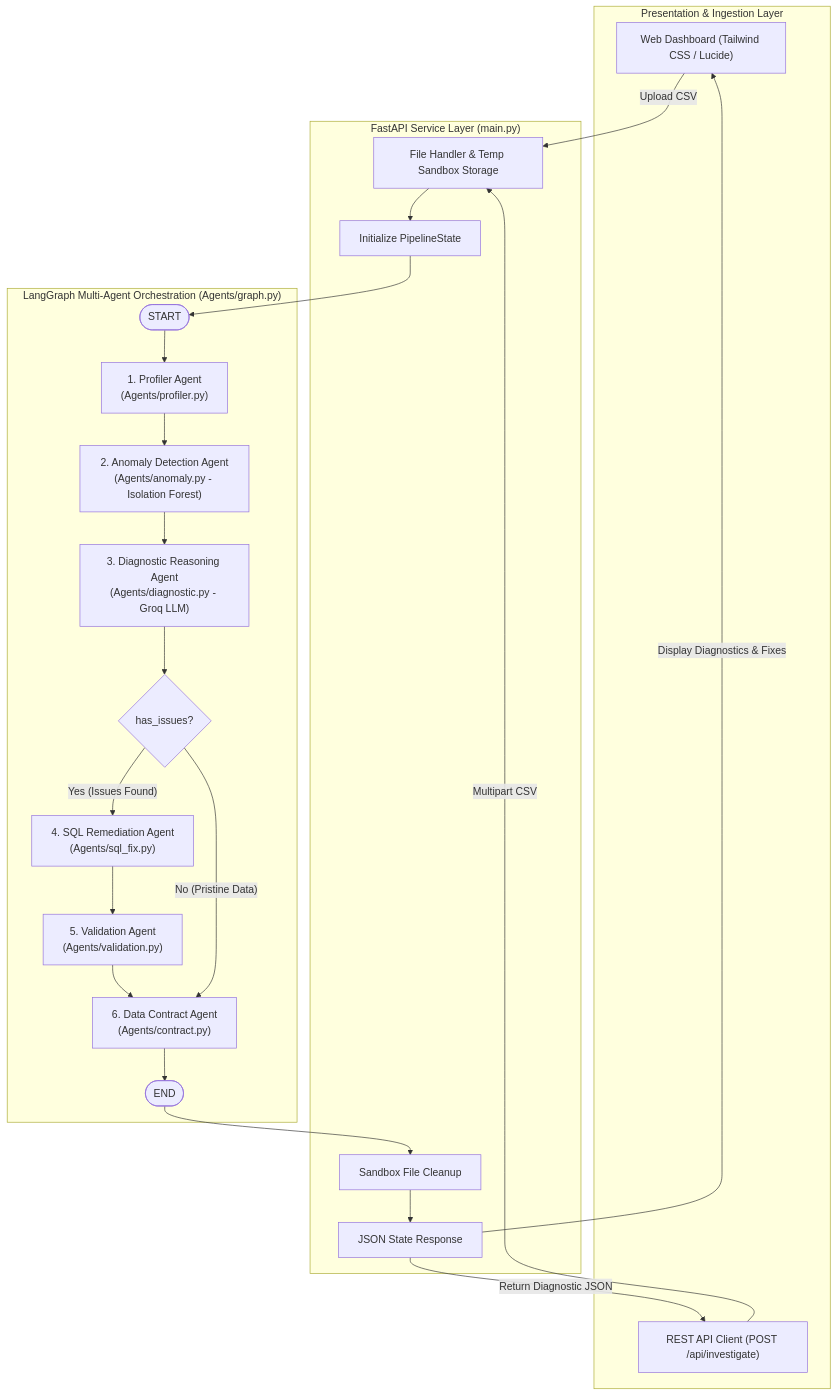
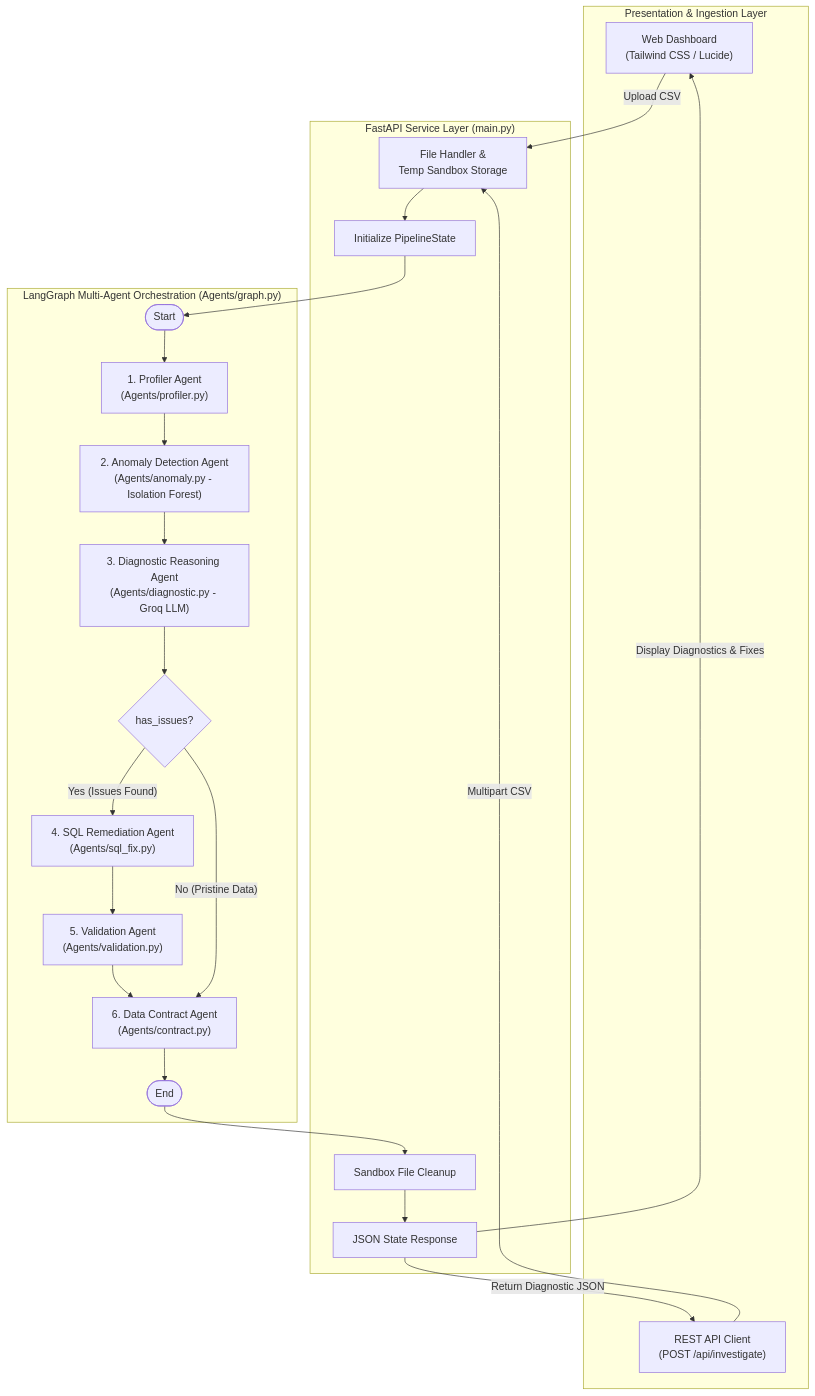
Before and after one commit to PJ-21-code/DataPipelineDetective: the first of 3 diagrams in README.md, drawn with Mermaid. The commit also changed other lines of this file, not shown here.

````diff
--- a/README.md
+++ b/README.md
@@ -86,39 +88,39 @@
 ```mermaid
 flowchart TD
-    subgraph Client["Presentation & Ingestion Layer"]
-        UI["Web Dashboard (Tailwind CSS / Lucide)"]
-        API_CALL["REST API Client (POST /api/investigate)"]
+    subgraph Client ["Presentation & Ingestion Layer"]
+        UI["Web Dashboard<br/>(Tailwind CSS / Lucide)"]
+        API_CALL["REST API Client<br/>(POST /api/investigate)"]
     end
 
-    subgraph Server["FastAPI Service Layer (main.py)"]
-        UPLOAD["File Handler & Temp Sandbox Storage"]
+    subgraph Server ["FastAPI Service Layer (main.py)"]
+        UPLOAD["File Handler &<br/>Temp Sandbox Storage"]
         STATE_INIT["Initialize PipelineState"]
         CLEANUP["Sandbox File Cleanup"]
         RESPONSE["JSON State Response"]
     end
 
-    subgraph LangGraph["LangGraph Multi-Agent Orchestration (Agents/graph.py)"]
-        START([START]) --> AG1["1. Profiler Agent\n(Agents/profiler.py)"]
-        AG1 --> AG2["2. Anomaly Detection Agent\n(Agents/anomaly.py - Isolation Forest)"]
-        AG2 --> AG3["3. Diagnostic Reasoning Agent\n(Agents/diagnostic.py - Groq LLM)"]
+    subgraph LangGraph ["LangGraph Multi-Agent Orchestration (Agents/graph.py)"]
+        START_NODE(["Start"]) --> AG1["1. Profiler Agent<br/>(Agents/profiler.py)"]
+        AG1 --> AG2["2. Anomaly Detection Agent<br/>(Agents/anomaly.py - Isolation Forest)"]
+        AG2 --> AG3["3. Diagnostic Reasoning Agent<br/>(Agents/diagnostic.py - Groq LLM)"]
         
         AG3 --> DECISION{"has_issues?"}
         
-        DECISION -- "Yes (Issues Found)" --> AG4["4. SQL Remediation Agent\n(Agents/sql_fix.py)"]
-        AG4 --> AG5["5. Validation Agent\n(Agents/validation.py)"]
-        AG5 --> AG6["6. Data Contract Agent\n(Agents/contract.py)"]
+        DECISION -->|"Yes (Issues Found)"| AG4["4. SQL Remediation Agent<br/>(Agents/sql_fix.py)"]
+        AG4 --> AG5["5. Validation Agent<br/>(Agents/validation.py)"]
+        AG5 --> AG6["6. Data Contract Agent<br/>(Agents/contract.py)"]
         
-        DECISION -- "No (Pristine Data)" --> AG6
+        DECISION -->|"No (Pristine Data)"| AG6
         
-        AG6 --> END_NODE([END])
+        AG6 --> END_NODE(["End"])
     end
 
     UI -->|Upload CSV| UPLOAD
     API_CALL -->|Multipart CSV| UPLOAD
     UPLOAD --> STATE_INIT
-    STATE_INIT --> START
+    STATE_INIT --> START_NODE
     END_NODE --> CLEANUP
     CLEANUP --> RESPONSE
     RESPONSE -->|Display Diagnostics & Fixes| UI
     RESPONSE -->|Return Diagnostic JSON| API_CALL
 ```
````
